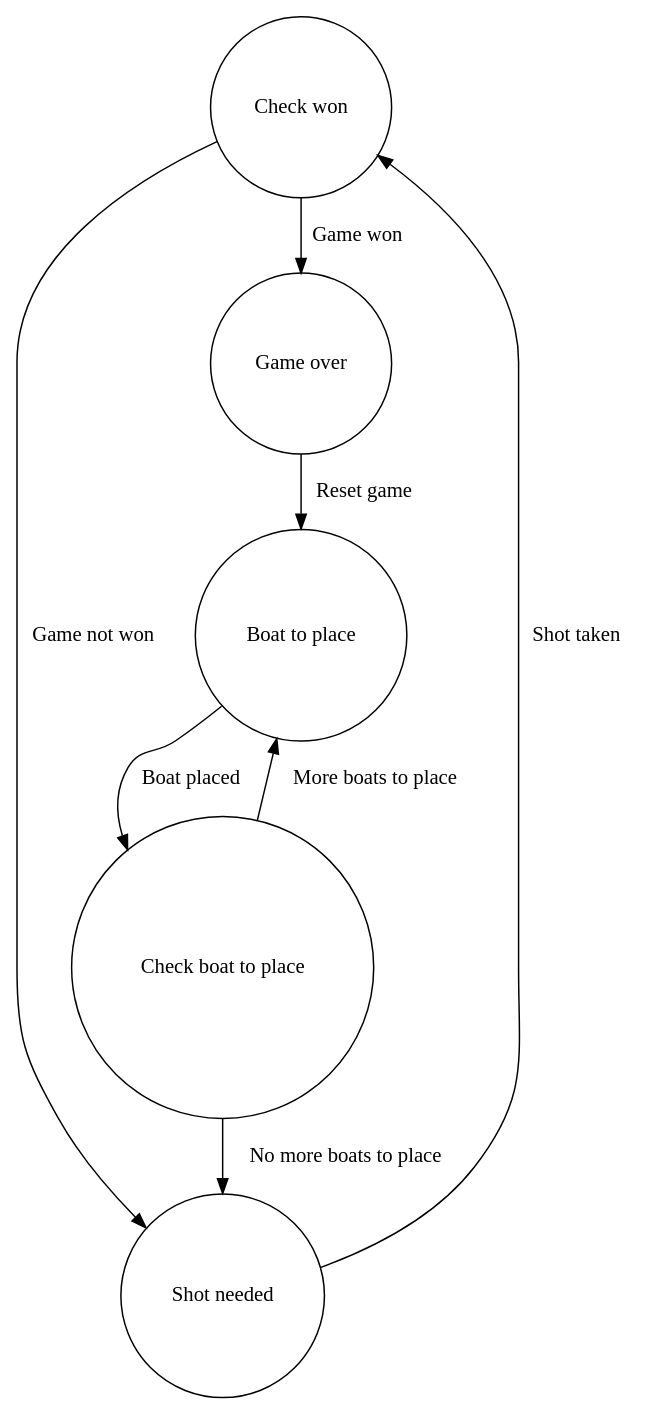
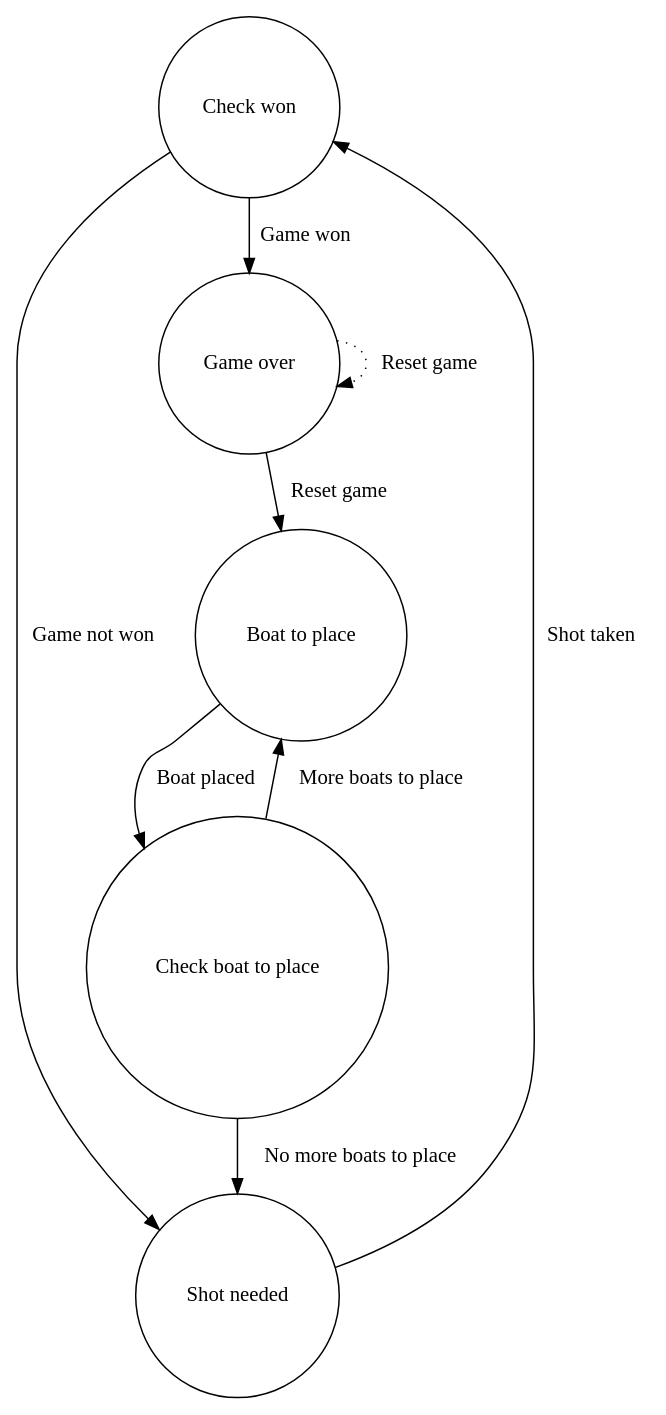
The diagram in ref/test1.gv (EricMountain/MiniFSM), drawn with Graphviz before and after one commit. The commit also changed 1 other file, not shown here.

Commit message:
Improve digraph test case to include check for dotted edge.

```diff
--- a/ref/test1.gv
+++ b/ref/test1.gv
@@ -1,14 +1,15 @@
 digraph "{unnamed_FSM}" {
   node [ shape = circle ] "Check won"
   node [ shape = circle ] "Boat to place"
   node [ shape = circle ] "Check boat to place"
   node [ shape = circle ] "Shot needed"
   node [ shape = circle ] "Game over"
   "Boat to place" -> "Check boat to place" [ label = "Boat placed" ]
   "Shot needed" -> "Check won" [ label = "Shot taken" ]
   "Check won" -> "Game over" [ label = "Game won" ]
   "Check boat to place" -> "Boat to place" [ label = "More boats to place" ]
   "Check boat to place" -> "Shot needed" [ label = "No more boats to place" ]
   "Check won" -> "Shot needed" [ label = "Game not won" ]
   "Game over" -> "Boat to place" [ label = "Reset game" ]
+  "Game over" -> "Game over" [ style = "dotted", label = "Reset game" ]
 }
```
